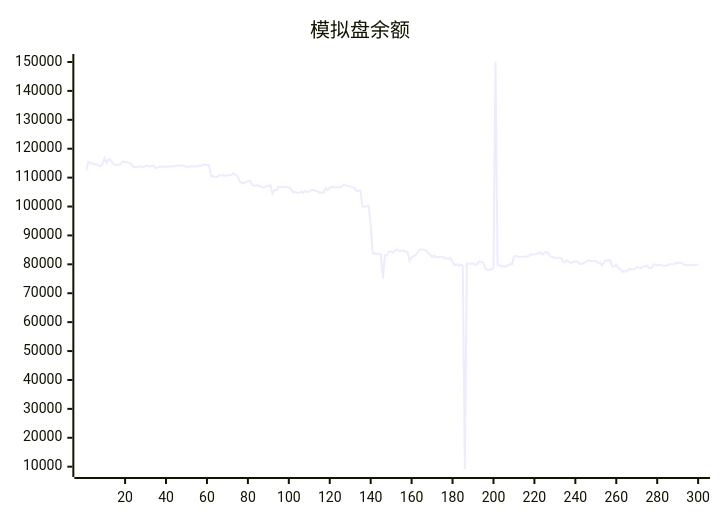
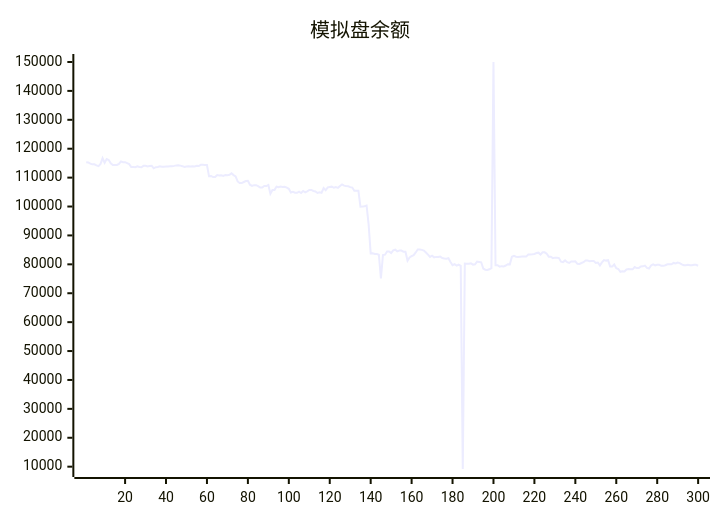
One commit to aahl/ai-trading changed the diagram in README.md. Above: the diagram before and after it, drawn with Mermaid. The commit also changed other lines of this file and 1 other file, not shown here.

````diff
--- a/README.md
+++ b/README.md
@@ -5,5 +5,5 @@
 ```mermaid
 xychart
     title "模拟盘余额"
-    line [112522,115341,115266,114830,114584,114588,114231,113973,114726,116697,115160,116423,116083,114950,114365,114365,114388,114730,115582,115358,115358,115032,114686,113688,113688,113610,113930,113672,113585,114083,114074,113840,113996,114051,113208,113593,113701,113901,113794,113784,113810,113848,113927,113929,114064,114232,114293,114144,113960,113698,113853,113942,113812,113908,113877,114091,113998,114427,114422,114384,114384,110477,110576,110198,110198,110890,110712,110812,110569,110929,110847,110968,111478,110870,110433,108661,108116,108115,108485,108797,108877,107536,107134,107393,107393,107046,106565,106565,107081,107081,107478,104404,105715,105749,106866,106651,106889,106771,106816,106565,106141,104876,105103,104796,104734,105169,104690,105380,104941,105272,105709,105739,105374,105227,104691,104924,104762,106364,105628,106608,106748,106872,106485,106721,106468,107132,107620,107224,107080,107001,106717,106567,105431,105431,105440,99950,100017,100113,100337,93749,83795,83807,83567,83567,83342,75168,83222,83336,84448,84449,83896,84839,85065,84499,84757,84757,84364,84347,81254,82385,82835,83184,84099,85150,85150,85002,84751,84096,83356,82582,82983,82404,82572,82512,82688,82200,82047,81920,82125,80840,79688,80060,79552,79920,79470,9193,80236,80208,80170,80336,79894,80006,80954,80837,80712,78561,78139,78037,78293,78682,150000,79720,79720,79214,79372,79279,79591,80046,79993,82625,82950,82626,82571,82633,82670,82670,82681,83386,83378,83464,83579,83920,84037,83402,84160,84142,83652,82655,82655,82145,82315,82243,82163,80934,80770,81371,80742,80468,80989,80989,81067,80191,80155,80450,80737,81309,81309,81106,81119,81119,80471,80631,79624,80670,81448,81290,81429,79212,79222,79940,78643,78380,77432,77623,77504,78235,78358,78284,78277,79048,78714,78714,79290,79308,79567,78763,78563,79603,79988,79652,79813,79813,79476,79469,79673,79995,80015,80015,80486,80314,80600,80436,79966,79689,79689,79819,79692,79692,79850,79850]
+    line [115341,115266,114830,114584,114588,114231,113973,114726,116697,115160,116423,116083,114950,114365,114365,114388,114730,115582,115358,115358,115032,114686,113688,113688,113610,113930,113672,113585,114083,114074,113840,113996,114051,113208,113593,113701,113901,113794,113784,113810,113848,113927,113929,114064,114232,114293,114144,113960,113698,113853,113942,113812,113908,113877,114091,113998,114427,114422,114384,114384,110477,110576,110198,110198,110890,110712,110812,110569,110929,110847,110968,111478,110870,110433,108661,108116,108115,108485,108797,108877,107536,107134,107393,107393,107046,106565,106565,107081,107081,107478,104404,105715,105749,106866,106651,106889,106771,106816,106565,106141,104876,105103,104796,104734,105169,104690,105380,104941,105272,105709,105739,105374,105227,104691,104924,104762,106364,105628,106608,106748,106872,106485,106721,106468,107132,107620,107224,107080,107001,106717,106567,105431,105431,105440,99950,100017,100113,100337,93749,83795,83807,83567,83567,83342,75168,83222,83336,84448,84449,83896,84839,85065,84499,84757,84757,84364,84347,81254,82385,82835,83184,84099,85150,85150,85002,84751,84096,83356,82582,82983,82404,82572,82512,82688,82200,82047,81920,82125,80840,79688,80060,79552,79920,79470,9193,80236,80208,80170,80336,79894,80006,80954,80837,80712,78561,78139,78037,78293,78682,150000,79720,79720,79214,79372,79279,79591,80046,79993,82625,82950,82626,82571,82633,82670,82670,82681,83386,83378,83464,83579,83920,84037,83402,84160,84142,83652,82655,82655,82145,82315,82243,82163,80934,80770,81371,80742,80468,80989,80989,81067,80191,80155,80450,80737,81309,81309,81106,81119,81119,80471,80631,79624,80670,81448,81290,81429,79212,79222,79940,78643,78380,77432,77623,77504,78235,78358,78284,78277,79048,78714,78714,79290,79308,79567,78763,78563,79603,79988,79652,79813,79813,79476,79469,79673,79995,80015,80015,80486,80314,80600,80436,79966,79689,79689,79819,79692,79692,79850,79850,79518]
 ```
````
